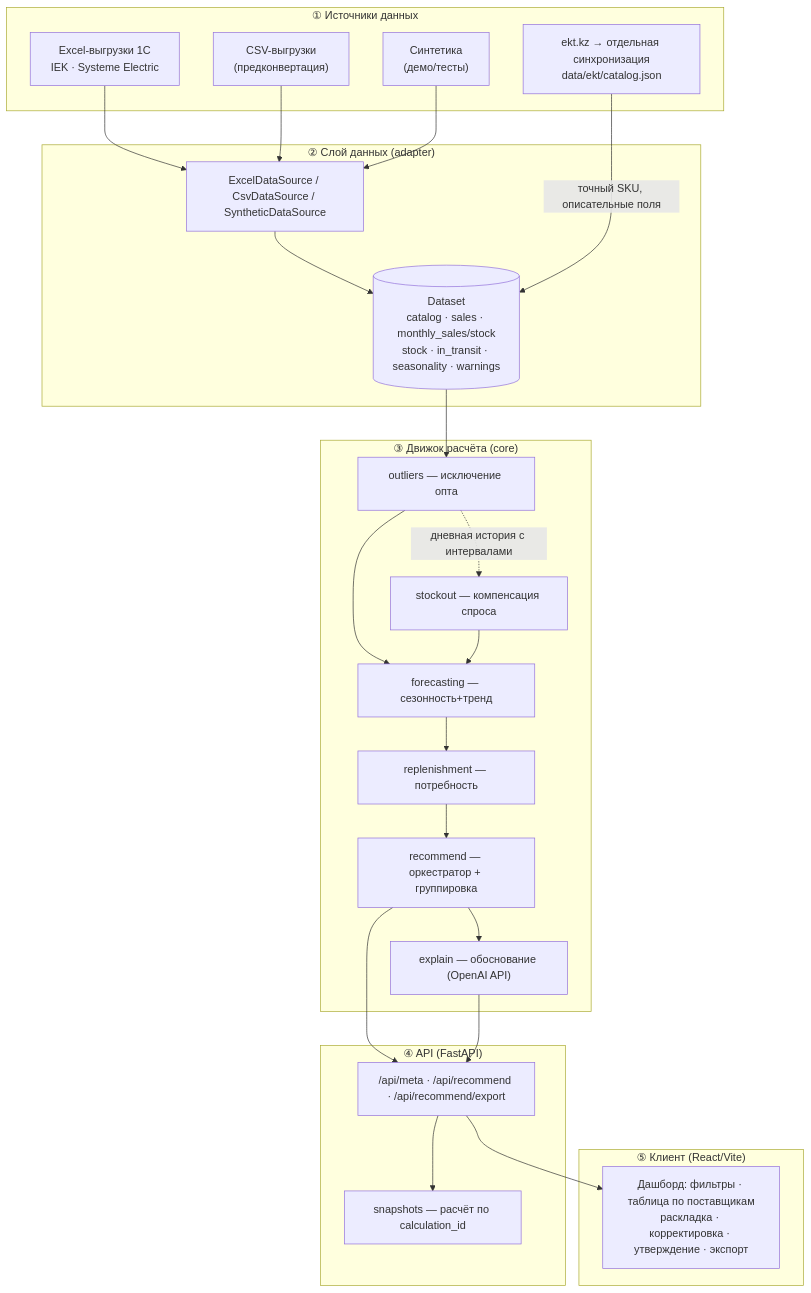
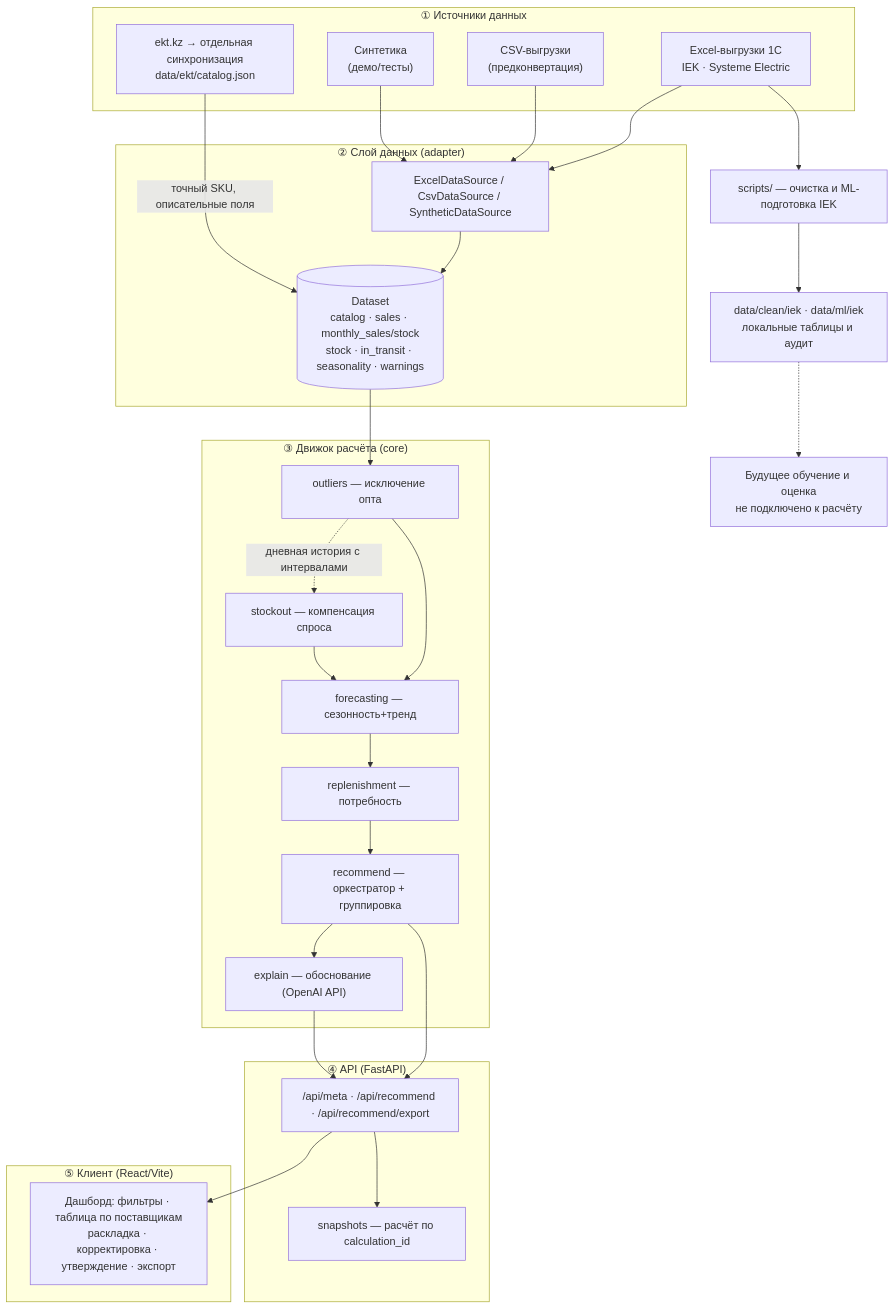
One commit to BAITC-Hacks/hack-a84ff6d0-hubtech changed the first of 5 diagrams in docs/АРХИТЕКТУРА.md. Above: the diagram before and after it, drawn with Mermaid. The commit also changed other lines of this file and 28 other files, not shown here.

First line of the commit message:
feat: ML-подготовка и очистка данных + аудит, обновление доков

````diff
--- a/docs/АРХИТЕКТУРА.md
+++ b/docs/АРХИТЕКТУРА.md
@@ -17,35 +17,38 @@
 ```mermaid
 flowchart TD
     subgraph L1["① Источники данных"]
         E["Excel-выгрузки 1С<br/>IEK · Systeme Electric"]
         C["CSV-выгрузки<br/>(предконвертация)"]
         S["Синтетика<br/>(демо/тесты)"]
         W["ekt.kz → отдельная синхронизация<br/>data/ekt/catalog.json"]
     end
     subgraph L2["② Слой данных (adapter)"]
         IMP["ExcelDataSource / CsvDataSource / SyntheticDataSource"]
         DS[("Dataset<br/>catalog · sales · monthly_sales/stock<br/>stock · in_transit · seasonality · warnings")]
     end
     subgraph L3["③ Движок расчёта (core)"]
         O["outliers — исключение опта"]
         K["stockout — компенсация спроса"]
         F["forecasting — сезонность+тренд"]
         R["replenishment — потребность"]
         RC["recommend — оркестратор + группировка"]
         EX["explain — обоснование (OpenAI API)"]
     end
     subgraph L4["④ API (FastAPI)"]
         API["/api/meta · /api/recommend · /api/recommend/export"]
         SNP["snapshots — расчёт по calculation_id"]
     end
     subgraph L5["⑤ Клиент (React/Vite)"]
         UI["Дашборд: фильтры · таблица по поставщикам<br/>раскладка · корректировка · утверждение · экспорт"]
     end
     E & C & S --> IMP --> DS
     W -->|точный SKU, описательные поля| DS
+    E --> ETL["scripts/ — очистка и ML-подготовка IEK"]
+    ETL --> MLFILES["data/clean/iek · data/ml/iek<br/>локальные таблицы и аудит"]
+    MLFILES -.-> FUTURE["Будущее обучение и оценка<br/>не подключено к расчёту"]
     DS --> O --> F --> R --> RC --> EX
     O -.->|дневная история с интервалами| K --> F
     RC --> API --> SNP
     API --> UI
     EX --> API
 ```
````
